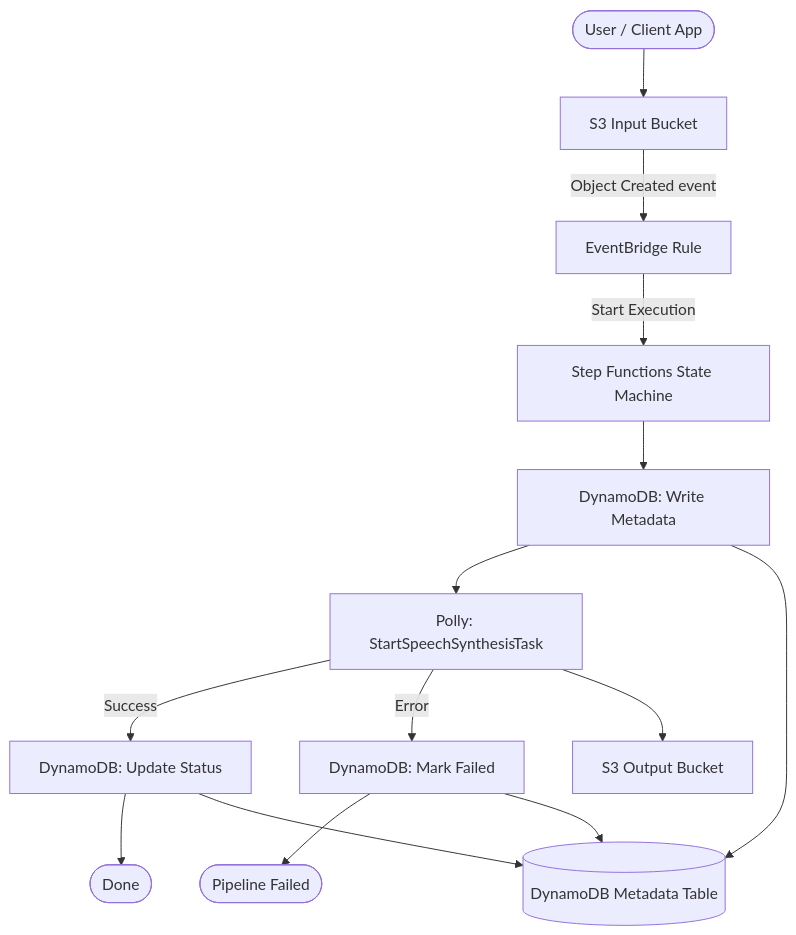
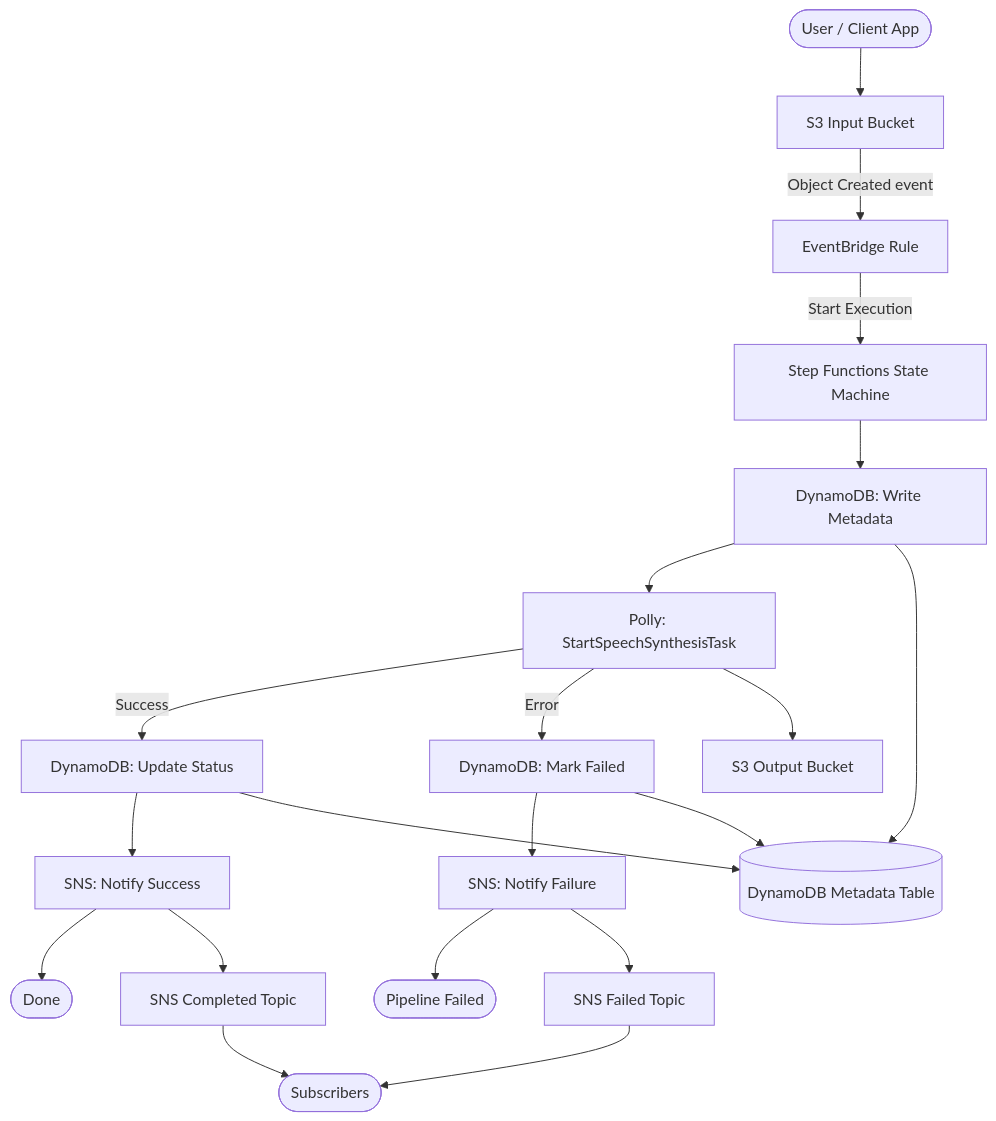
One commit to obstreperous-ai/cdk-sleep-ts-kiro changed the first of 2 diagrams in ARCHITECTURE.md. Above: the diagram before and after it, drawn with Mermaid. The commit also changed other lines of this file and 1 other file, not shown here.

Commit message:
docs: update ARCHITECTURE.md with SNS notification topics and flows

````diff
--- a/ARCHITECTURE.md
+++ b/ARCHITECTURE.md
@@ -20,16 +22,22 @@
 ```mermaid
 flowchart TD
     User([User / Client App]) --> S3Input[S3 Input Bucket]
     S3Input -->|Object Created event| EB[EventBridge Rule]
     EB -->|Start Execution| SFN[Step Functions State Machine]
     SFN --> WriteMetadata[DynamoDB: Write Metadata]
     WriteMetadata --> PollyTask[Polly: StartSpeechSynthesisTask]
     PollyTask -->|Success| UpdateStatus[DynamoDB: Update Status]
     PollyTask -->|Error| MarkFailed[DynamoDB: Mark Failed]
-    UpdateStatus --> Done([Done])
-    MarkFailed --> PipelineFailed([Pipeline Failed])
+    UpdateStatus --> NotifySuccess[SNS: Notify Success]
+    NotifySuccess --> Done([Done])
+    MarkFailed --> NotifyFailure[SNS: Notify Failure]
+    NotifyFailure --> PipelineFailed([Pipeline Failed])
     WriteMetadata --> DDB[(DynamoDB Metadata Table)]
     UpdateStatus --> DDB
     MarkFailed --> DDB
+    NotifySuccess --> SNSCompleted[SNS Completed Topic]
+    NotifyFailure --> SNSFailed[SNS Failed Topic]
+    SNSCompleted --> Subscribers([Subscribers])
+    SNSFailed --> Subscribers
     PollyTask --> S3Output[S3 Output Bucket]
 ```
````
